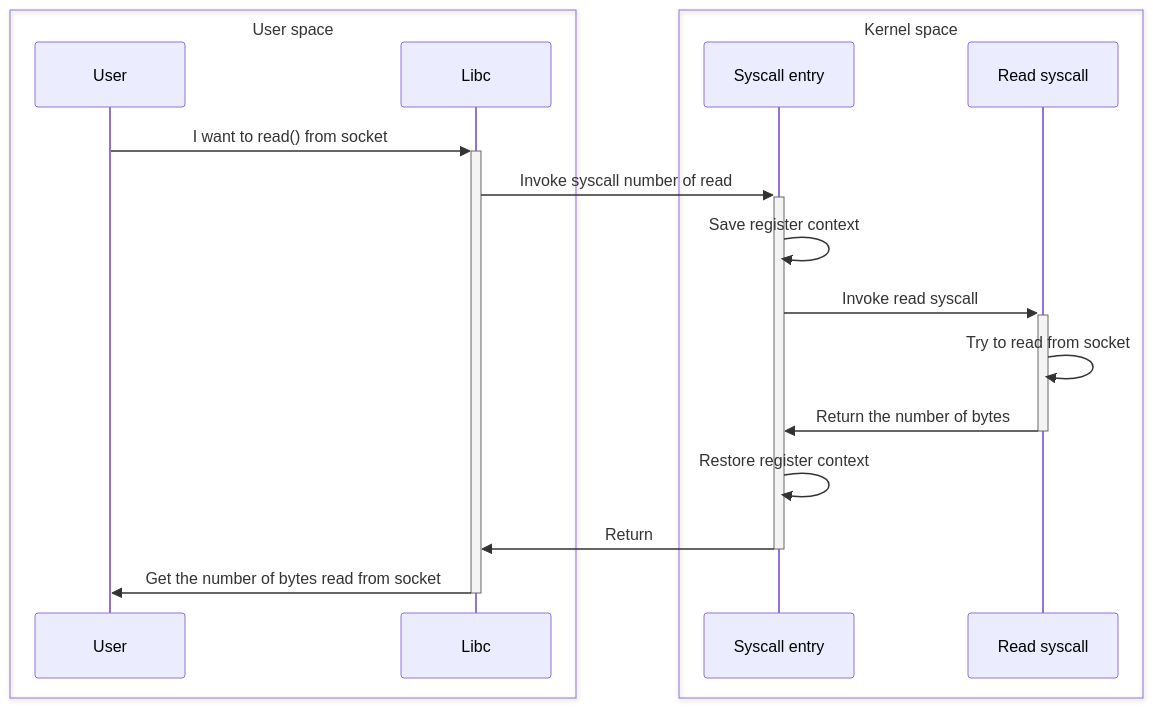
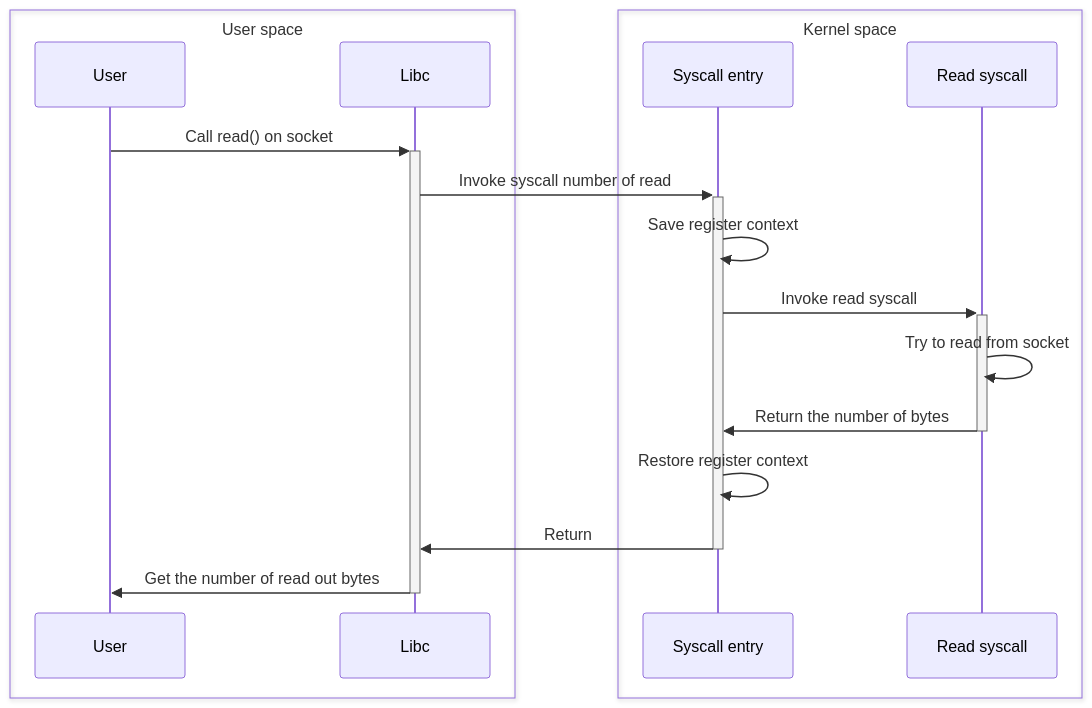
One commit to yihan1998/yihan1998.github.io changed the second of 2 diagrams in _posts/2024-03-09-linux-syscall-101.md. Above: the diagram before and after it, drawn with Mermaid. The commit also changed other lines of this file, not shown here.

````diff
--- a/_posts/2024-03-09-linux-syscall-101.md
+++ b/_posts/2024-03-09-linux-syscall-101.md
@@ -65,20 +64,20 @@
 ```mermaid
 sequenceDiagram
     box User space
     participant User
     participant Libc
     end
     box Kernel space
     participant Syscall entry
     participant Read syscall
     end
-    User->>+Libc: I want to read() from socket 
+    User->>+Libc: Call read() on socket 
     Libc->>+Syscall entry: Invoke syscall number of read
     Syscall entry->>Syscall entry: Save register context
     Syscall entry->>+Read syscall: Invoke read syscall
     Read syscall->>Read syscall: Try to read from socket
     Read syscall->>-Syscall entry: Return the number of bytes
     Syscall entry->>Syscall entry: Restore register context 
     Syscall entry->>-Libc: Return
-    Libc->>-User: Get the number of bytes read from socket
+    Libc->>-User: Get the number of read out bytes
 ```
````
